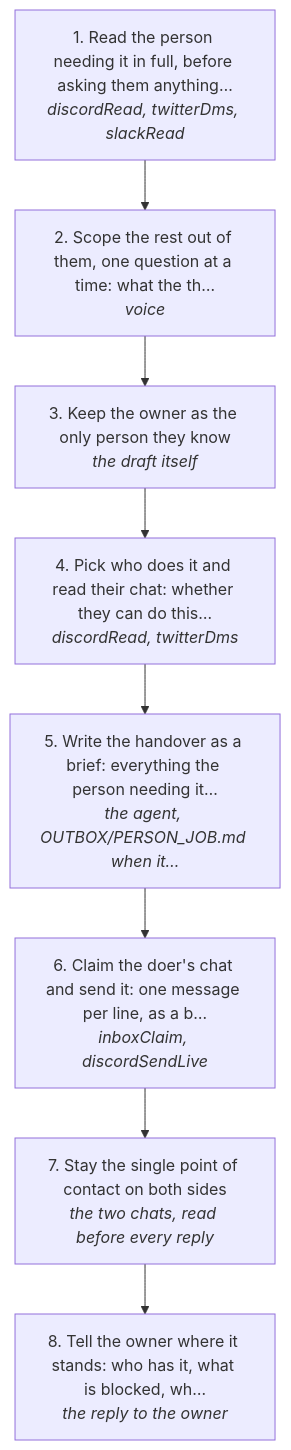
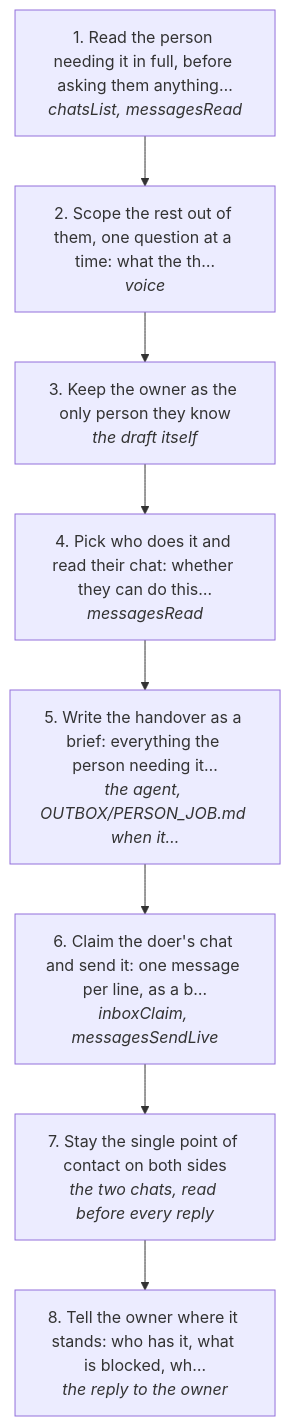
Before and after one commit to matthewdonsemail-lab/log: the diagram in docs/useCases/inbox/triage.md, drawn with Mermaid. The commit also changed other lines of this file and 17 other files, not shown here.

````diff
--- a/docs/useCases/inbox/triage.md
+++ b/docs/useCases/inbox/triage.md
@@ -14,18 +14,18 @@
 ```mermaid
 flowchart TD
-  s0["1. Read the person needing it in full, before asking them anything…<br/><i>discordRead, twitterDms, slackRead</i>"]
+  s0["1. Read the person needing it in full, before asking them anything…<br/><i>chatsList, messagesRead</i>"]
   s1["2. Scope the rest out of them, one question at a time: what the th…<br/><i>voice</i>"]
   s2["3. Keep the owner as the only person they know<br/><i>the draft itself</i>"]
-  s3["4. Pick who does it and read their chat: whether they can do this…<br/><i>discordRead, twitterDms</i>"]
+  s3["4. Pick who does it and read their chat: whether they can do this…<br/><i>messagesRead</i>"]
   s4["5. Write the handover as a brief: everything the person needing it…<br/><i>the agent, OUTBOX/PERSON_JOB.md when it…</i>"]
-  s5["6. Claim the doer's chat and send it: one message per line, as a b…<br/><i>inboxClaim, discordSendLive</i>"]
+  s5["6. Claim the doer's chat and send it: one message per line, as a b…<br/><i>inboxClaim, messagesSendLive</i>"]
   s6["7. Stay the single point of contact on both sides<br/><i>the two chats, read before every reply</i>"]
   s7["8. Tell the owner where it stands: who has it, what is blocked, wh…<br/><i>the reply to the owner</i>"]
   s0 --> s1
   s1 --> s2
   s2 --> s3
   s3 --> s4
   s4 --> s5
   s5 --> s6
   s6 --> s7
 ```
````
